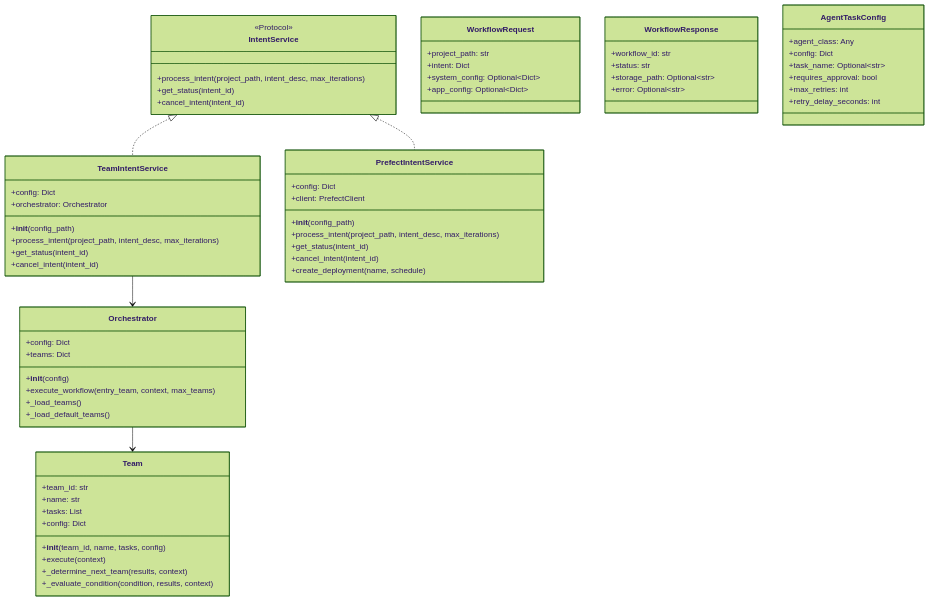
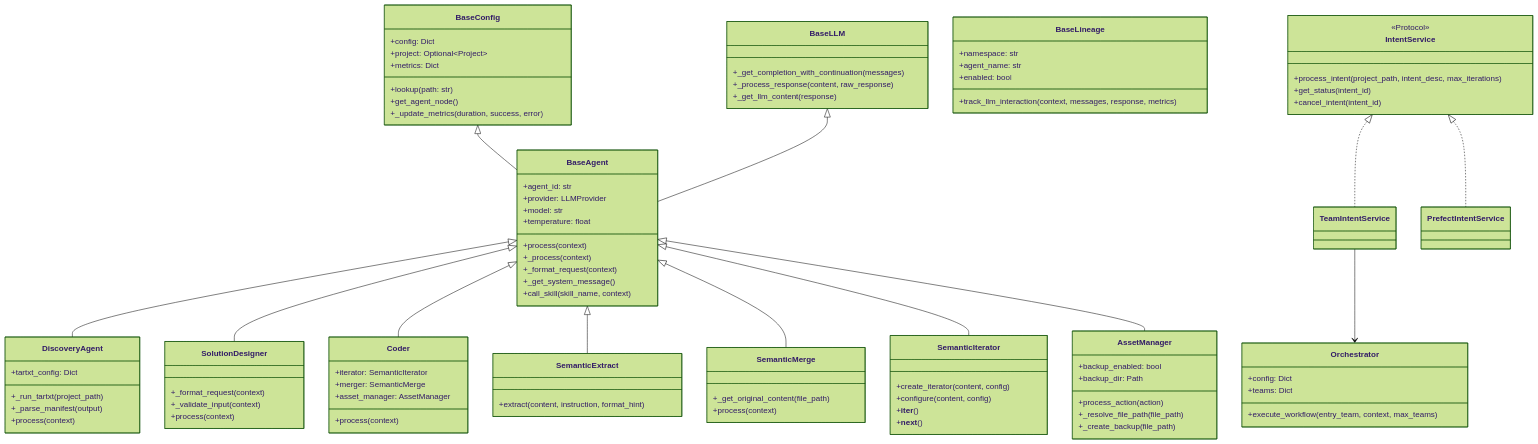
One commit to jpoley/c4h changed the diagram in c4h_services/c4h_services_api_doc.md. Above: the diagram before and after it, drawn with Mermaid (forest theme). The commit also changed other lines of this file and 1 other file, not shown here.

````diff
--- a/c4h_services/c4h_services_api_doc.md
+++ b/c4h_services/c4h_services_api_doc.md
@@ -49,76 +70,94 @@
 ```mermaid
 classDiagram
+    class BaseConfig {
+        +config: Dict
+        +project: Optional~Project~
+        +metrics: Dict
+        +lookup(path: str)
+        +get_agent_node()
+        +_update_metrics(duration, success, error)
+    }
+    class BaseLLM {
+        +_get_completion_with_continuation(messages)
+        +_process_response(content, raw_response)
+        +_get_llm_content(response)
+    }
+    class BaseAgent {
+        +agent_id: str
+        +provider: LLMProvider
+        +model: str
+        +temperature: float
+        +process(context)
+        +_process(context)
+        +_format_request(context)
+        +_get_system_message()
+        +call_skill(skill_name, context)
+    }
+    class BaseLineage {
+        +namespace: str
+        +agent_name: str
+        +enabled: bool
+        +track_llm_interaction(context, messages, response, metrics)
+    }
+    class DiscoveryAgent {
+        +tartxt_config: Dict
+        +_run_tartxt(project_path)
+        +_parse_manifest(output)
+        +process(context)
+    }
+    class SolutionDesigner {
+        +_format_request(context)
+        +_validate_input(context)
+        +process(context)
+    }
+    class Coder {
+        +iterator: SemanticIterator
+        +merger: SemanticMerge
+        +asset_manager: AssetManager
+        +process(context)
+    }
+    class SemanticExtract {
+        +extract(content, instruction, format_hint)
+    }
+    class SemanticMerge {
+        +_get_original_content(file_path)
+        +process(context)
+    }
+    class SemanticIterator {
+        +create_iterator(content, config)
+        +configure(content, config)
+        +__iter__()
+        +__next__()
+    }
+    class AssetManager {
+        +backup_enabled: bool
+        +backup_dir: Path
+        +process_action(action)
+        +_resolve_file_path(file_path)
+        +_create_backup(file_path)
+    }
     class IntentService {
         <<Protocol>>
         +process_intent(project_path, intent_desc, max_iterations)
         +get_status(intent_id)
         +cancel_intent(intent_id)
     }
-    
-    class TeamIntentService {
-        +config: Dict
-        +orchestrator: Orchestrator
-        +__init__(config_path)
-        +process_intent(project_path, intent_desc, max_iterations)
-        +get_status(intent_id)
-        +cancel_intent(intent_id)
-    }
-    
-    class PrefectIntentService {
-        +config: Dict
-        +client: PrefectClient
-        +__init__(config_path)
-        +process_intent(project_path, intent_desc, max_iterations)
-        +get_status(intent_id)
-        +cancel_intent(intent_id)
-        +create_deployment(name, schedule)
-    }
-    
     class Orchestrator {
         +config: Dict
         +teams: Dict
-        +__init__(config)
         +execute_workflow(entry_team, context, max_teams)
-        +_load_teams()
-        +_load_default_teams()
     }
     
-    class Team {
-        +team_id: str
-        +name: str
-        +tasks: List
-        +config: Dict
-        +__init__(team_id, name, tasks, config)
-        +execute(context)
-        +_determine_next_team(results, context)
-        +_evaluate_condition(condition, results, context)
-    }
-    
-    class WorkflowRequest {
-        +project_path: str
-        +intent: Dict
-        +system_config: Optional~Dict~
-        +app_config: Optional~Dict~
-    }
-    
-    class WorkflowResponse {
-        +workflow_id: str
-        +status: str
-        +storage_path: Optional~str~
-        +error: Optional~str~
-    }
-    
-    class AgentTaskConfig {
-        +agent_class: Any
-        +config: Dict
-        +task_name: Optional~str~
-        +requires_approval: bool
-        +max_retries: int
-        +retry_delay_seconds: int
-    }
-
+    BaseConfig <|-- BaseAgent
+    BaseLLM <|-- BaseAgent
+    BaseAgent <|-- DiscoveryAgent
+    BaseAgent <|-- SolutionDesigner
+    BaseAgent <|-- Coder
+    BaseAgent <|-- SemanticExtract
+    BaseAgent <|-- SemanticMerge
+    BaseAgent <|-- SemanticIterator
+    BaseAgent <|-- AssetManager
     IntentService <|.. TeamIntentService
     IntentService <|.. PrefectIntentService
     TeamIntentService --> Orchestrator
-    Orchestrator --> Team
 ```
````
